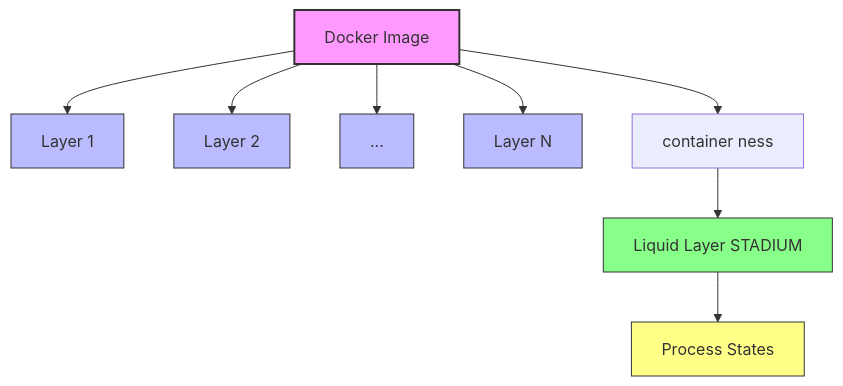
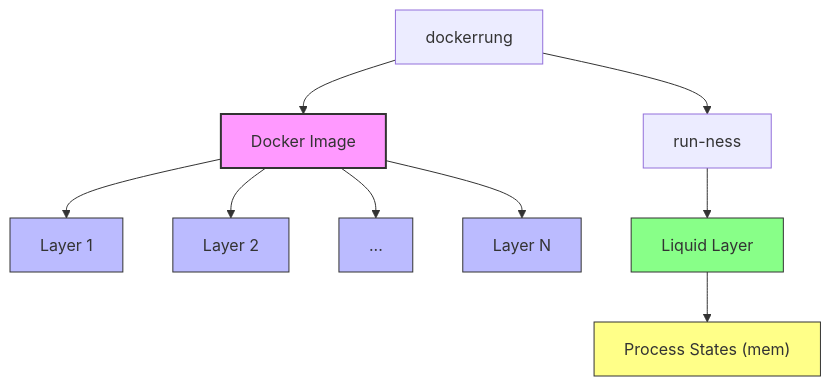
One commit to sohale/cs-glossaries changed the diagram in devops/docker/docker.md. Above: the diagram before and after it, drawn with Mermaid.

````diff
--- a/devops/docker/docker.md
+++ b/devops/docker/docker.md
@@ -142,26 +142,32 @@
 ```mermaid
 
 graph TD
+    T[dockerrung]
     A[Docker Image]
+
+    T --> A
+
     A --> B[Layer 1]
     A --> C[Layer 2]
     A --> D[...]
     A --> E[Layer N]
-    A --> F["container ness"]
-    F --> G[Liquid Layer STADIUM]
-    G --> H[Process States]
+
+    %%  container ness 
+    T --> F["run-ness"]
+    F --> G[Liquid Layer]
+    G --> H["Process States (mem)"]
 
     classDef image fill:#f9f,stroke:#333,stroke-width:2px;
     classDef layer fill:#bbf,stroke:#333,stroke-width:1px;
     classDef container fill:#8f8,stroke:#333,stroke-width:1px;
     classDef process fill:#ff8,stroke:#333,stroke-width:1px;
 
     class A image;
     class B,C,D,E layer;
     class G container;
     class H process;
 
 
 
 
 ```
````
